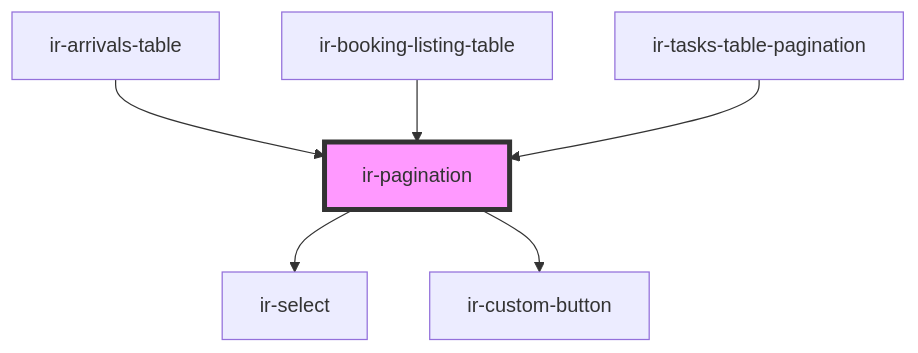
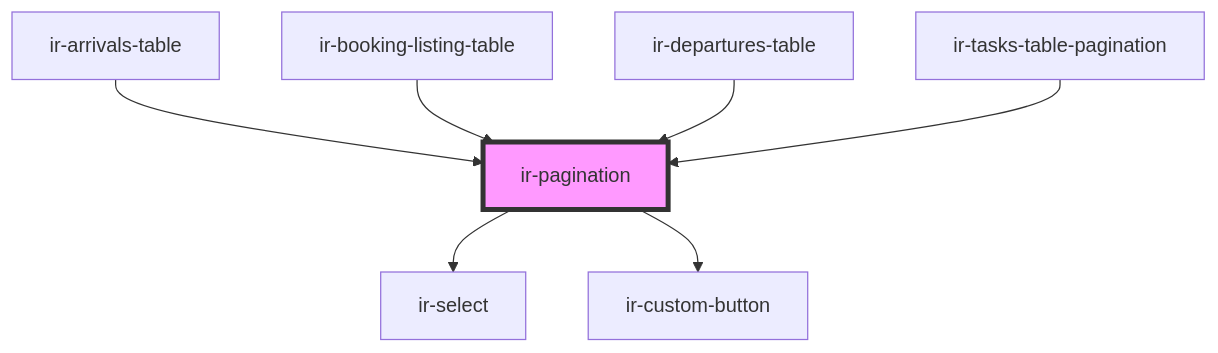
Before and after one commit to David1Chowaifaty/modified-ir-webcmp: the diagram in src/components/ir-pagination/readme.md, drawn with Mermaid. The commit also changed other lines of this file and 13 other files, not shown here.

````diff
--- a/src/components/ir-pagination/readme.md
+++ b/src/components/ir-pagination/readme.md
@@ -50,9 +51,10 @@
 ```mermaid
 graph TD;
   ir-pagination --> ir-select
   ir-pagination --> ir-custom-button
   ir-arrivals-table --> ir-pagination
   ir-booking-listing-table --> ir-pagination
+  ir-departures-table --> ir-pagination
   ir-tasks-table-pagination --> ir-pagination
   style ir-pagination fill:#f9f,stroke:#333,stroke-width:4px
 ```
````
